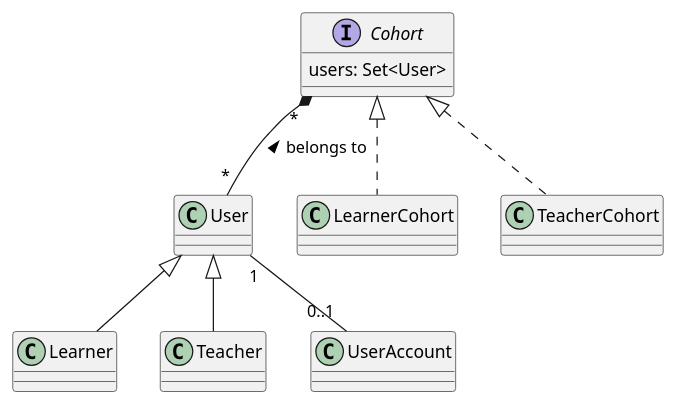
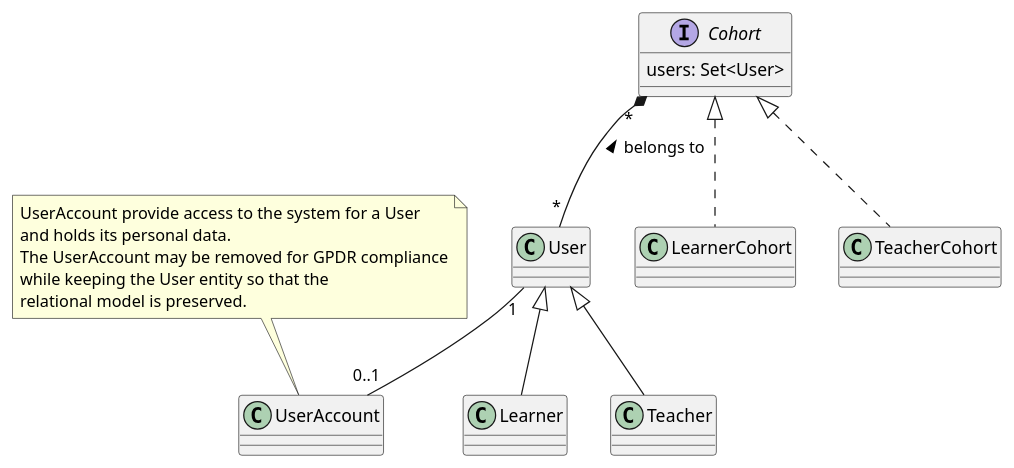
The diagram in docs/technical/uml/user.puml (elaastic/ElaastiX), drawn with PlantUML before and after one commit.

Commit message:
doc(model): Add doc for UserAccount

```diff
--- a/docs/technical/uml/user.puml
+++ b/docs/technical/uml/user.puml
@@ -1,19 +1,28 @@
 @startuml(id=User)
 'https://plantuml.com/class-diagram
 
 class User
 class Learner extends User
 class Teacher extends User
+
+class UserAccount
+note top
+    UserAccount provide access to the system for a User
+    and holds its personal data.
+    The UserAccount may be removed for GPDR compliance
+    while keeping the User entity so that the
+    relational model is preserved.
+end note
 
 interface Cohort {
     users: Set<User>
 }
 
 class LearnerCohort implements Cohort
 class TeacherCohort implements Cohort
 
 Cohort "*" *-- "*" User : belongs to <
 
 User "1" -- "0..1" UserAccount
 
 @enduml
```
